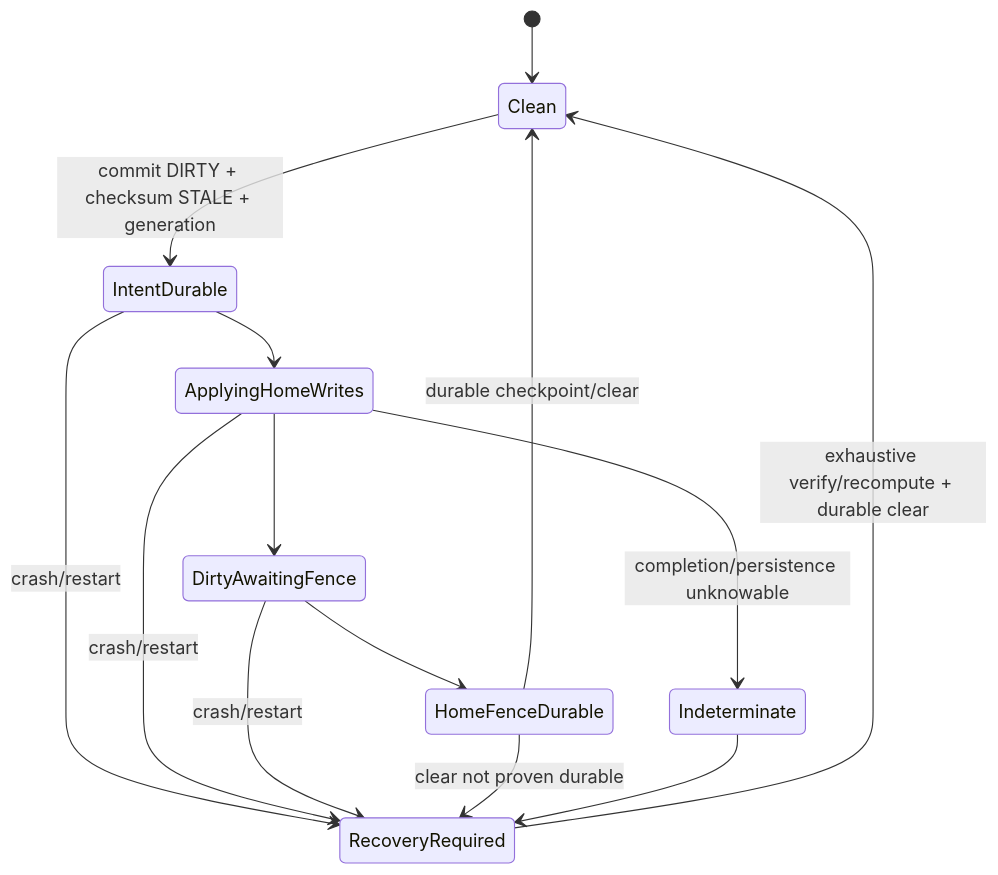
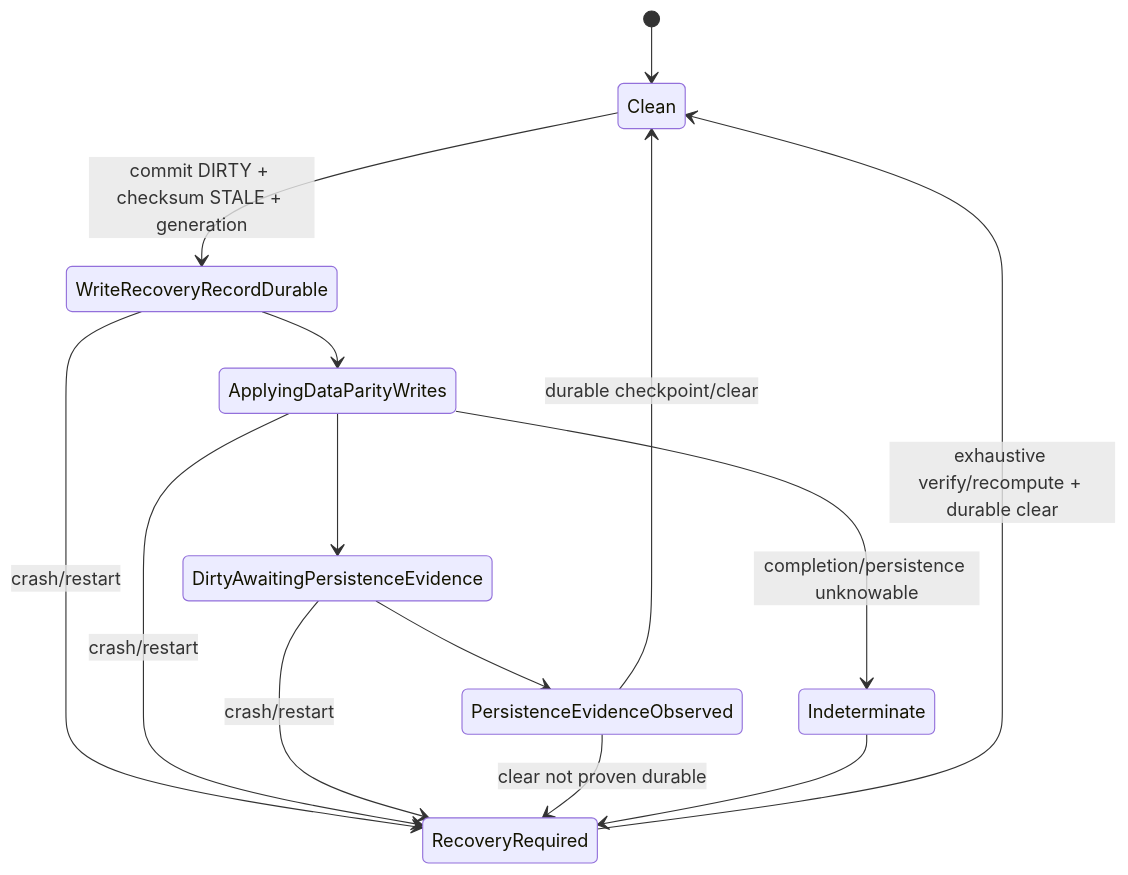
One commit to dvicory/DiskWeave changed the eighth of 23 diagrams in docs/architecture/diskweave-architecture-roadmap-v0.8.md. Above: the diagram before and after it, drawn with Mermaid. The commit also changed other lines of this file and 89 other files, not shown here.

````diff
--- a/docs/architecture/diskweave-architecture-roadmap-v0.8.md
+++ b/docs/architecture/diskweave-architecture-roadmap-v0.8.md
@@ -1472,17 +1471,17 @@
 ```mermaid
 stateDiagram-v2
     [*] --> Clean
-    Clean --> IntentDurable: commit DIRTY + checksum STALE + generation
-    IntentDurable --> ApplyingHomeWrites
-    ApplyingHomeWrites --> DirtyAwaitingFence
-    DirtyAwaitingFence --> HomeFenceDurable
-    HomeFenceDurable --> Clean: durable checkpoint/clear
+    Clean --> WriteRecoveryRecordDurable: commit DIRTY + checksum STALE + generation
+    WriteRecoveryRecordDurable --> ApplyingDataParityWrites
+    ApplyingDataParityWrites --> DirtyAwaitingPersistenceEvidence
+    DirtyAwaitingPersistenceEvidence --> PersistenceEvidenceObserved
+    PersistenceEvidenceObserved --> Clean: durable checkpoint/clear
 
-    IntentDurable --> RecoveryRequired: crash/restart
-    ApplyingHomeWrites --> RecoveryRequired: crash/restart
-    DirtyAwaitingFence --> RecoveryRequired: crash/restart
-    HomeFenceDurable --> RecoveryRequired: clear not proven durable
-    ApplyingHomeWrites --> Indeterminate: completion/persistence unknowable
+    WriteRecoveryRecordDurable --> RecoveryRequired: crash/restart
+    ApplyingDataParityWrites --> RecoveryRequired: crash/restart
+    DirtyAwaitingPersistenceEvidence --> RecoveryRequired: crash/restart
+    PersistenceEvidenceObserved --> RecoveryRequired: clear not proven durable
+    ApplyingDataParityWrites --> Indeterminate: completion/persistence unknowable
     Indeterminate --> RecoveryRequired
     RecoveryRequired --> Clean: exhaustive verify/recompute + durable clear
 ```
````
